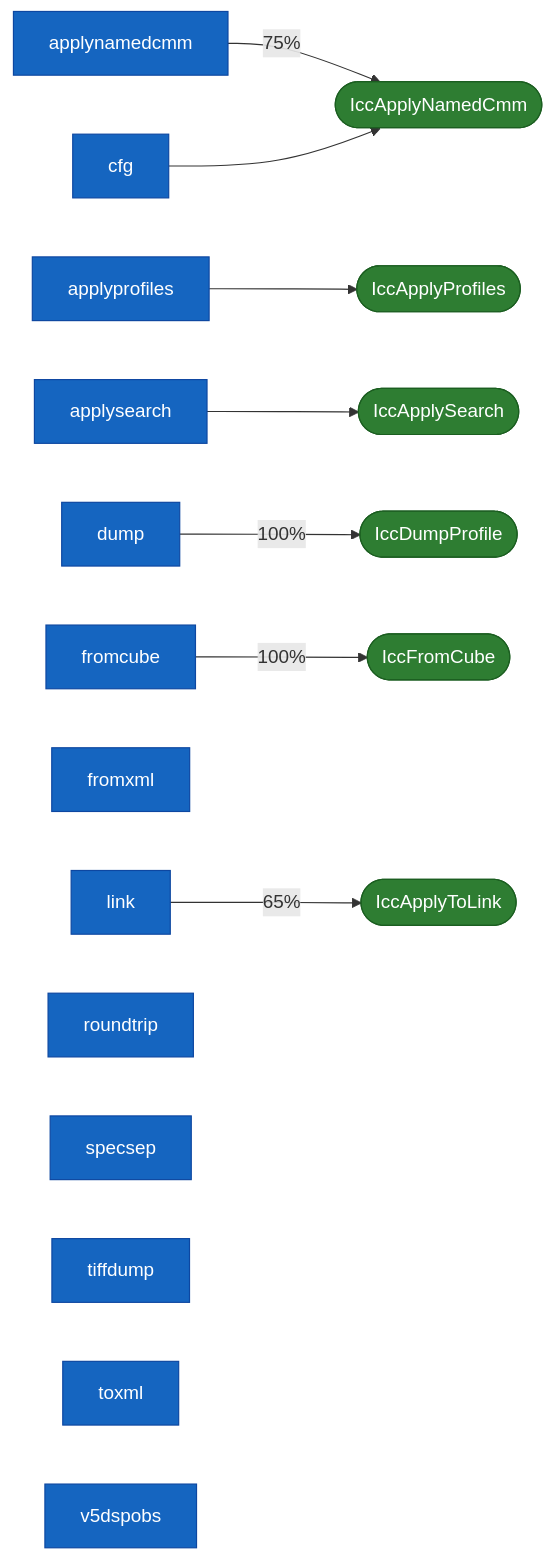
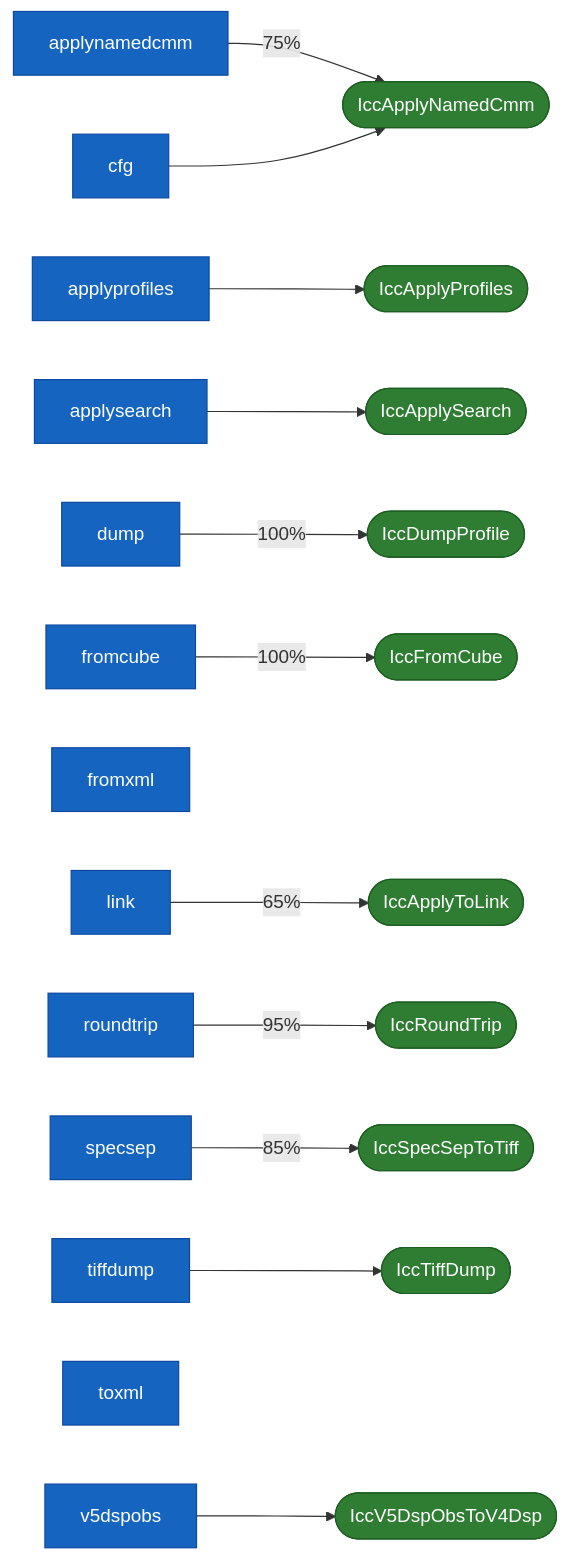
One commit to xsscx/research changed the diagram in call-graph/mermaid/fuzzer-map.md. Above: the diagram before and after it, drawn with Mermaid. The commit also changed 14 other files, not shown here.

````diff
--- a/call-graph/mermaid/fuzzer-map.md
+++ b/call-graph/mermaid/fuzzer-map.md
@@ -3,33 +3,41 @@
 ```mermaid
 graph LR
     fuzzer_icc_applynamedcmm_fuzzer["applynamedcmm"]:::fuzzer
     comp_iccdev_tools_IccApplyNamedCmm(["IccApplyNamedCmm"]):::tool
     fuzzer_icc_applynamedcmm_fuzzer -->|75%| comp_iccdev_tools_IccApplyNamedCmm
     fuzzer_icc_applyprofiles_fuzzer["applyprofiles"]:::fuzzer
     comp_iccdev_tools_IccApplyProfiles(["IccApplyProfiles"]):::tool
     fuzzer_icc_applyprofiles_fuzzer --> comp_iccdev_tools_IccApplyProfiles
     fuzzer_icc_applysearch_fuzzer["applysearch"]:::fuzzer
     comp_iccdev_tools_IccApplySearch(["IccApplySearch"]):::tool
     fuzzer_icc_applysearch_fuzzer --> comp_iccdev_tools_IccApplySearch
     fuzzer_icc_cfg_fuzzer["cfg"]:::fuzzer
     comp_iccdev_tools_IccApplyNamedCmm(["IccApplyNamedCmm"]):::tool
     fuzzer_icc_cfg_fuzzer --> comp_iccdev_tools_IccApplyNamedCmm
     fuzzer_icc_dump_fuzzer["dump"]:::fuzzer
     comp_iccdev_tools_IccDumpProfile(["IccDumpProfile"]):::tool
     fuzzer_icc_dump_fuzzer -->|100%| comp_iccdev_tools_IccDumpProfile
     fuzzer_icc_fromcube_fuzzer["fromcube"]:::fuzzer
     comp_iccdev_tools_IccFromCube(["IccFromCube"]):::tool
     fuzzer_icc_fromcube_fuzzer -->|100%| comp_iccdev_tools_IccFromCube
     fuzzer_icc_fromxml_fuzzer["fromxml"]:::fuzzer
     fuzzer_icc_link_fuzzer["link"]:::fuzzer
     comp_iccdev_tools_IccApplyToLink(["IccApplyToLink"]):::tool
     fuzzer_icc_link_fuzzer -->|65%| comp_iccdev_tools_IccApplyToLink
     fuzzer_icc_roundtrip_fuzzer["roundtrip"]:::fuzzer
+    comp_iccdev_tools_IccRoundTrip(["IccRoundTrip"]):::tool
+    fuzzer_icc_roundtrip_fuzzer -->|95%| comp_iccdev_tools_IccRoundTrip
     fuzzer_icc_specsep_fuzzer["specsep"]:::fuzzer
+    comp_iccdev_tools_IccSpecSepToTiff(["IccSpecSepToTiff"]):::tool
+    fuzzer_icc_specsep_fuzzer -->|85%| comp_iccdev_tools_IccSpecSepToTiff
     fuzzer_icc_tiffdump_fuzzer["tiffdump"]:::fuzzer
+    comp_iccdev_tools_IccTiffDump(["IccTiffDump"]):::tool
+    fuzzer_icc_tiffdump_fuzzer --> comp_iccdev_tools_IccTiffDump
     fuzzer_icc_toxml_fuzzer["toxml"]:::fuzzer
     fuzzer_icc_v5dspobs_fuzzer["v5dspobs"]:::fuzzer
+    comp_iccdev_tools_IccV5DspObsToV4Dsp(["IccV5DspObsToV4Dsp"]):::tool
+    fuzzer_icc_v5dspobs_fuzzer --> comp_iccdev_tools_IccV5DspObsToV4Dsp
 
     classDef fuzzer fill:#1565c0,color:#fff,stroke:#0d47a1
     classDef tool fill:#2e7d32,color:#fff,stroke:#1b5e20
 ```
````
